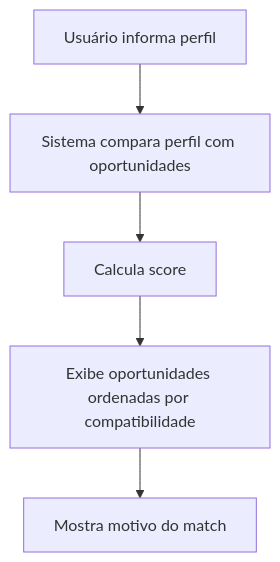
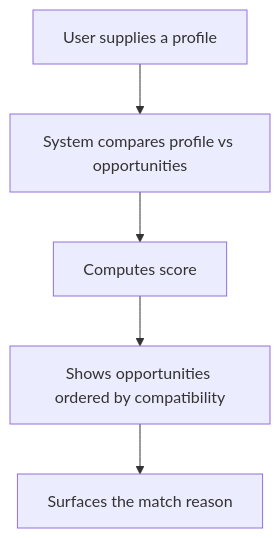
Before and after one commit to merlinfachetti/civic-radar: the second of 4 diagrams in docs/PRODUCT_FOUNDATION.md, drawn with Mermaid. The commit also changed other lines of this file and 17 other files, not shown here.

````diff
--- a/docs/PRODUCT_FOUNDATION.md
+++ b/docs/PRODUCT_FOUNDATION.md
@@ -446,7 +438,7 @@
 ```mermaid
 flowchart TD
-    A[Usuário informa perfil] --> B[Sistema compara perfil com oportunidades]
-    B --> C[Calcula score]
-    C --> D[Exibe oportunidades ordenadas por compatibilidade]
-    D --> E[Mostra motivo do match]
+    A[User supplies a profile] --> B[System compares profile vs opportunities]
+    B --> C[Computes score]
+    C --> D[Shows opportunities ordered by compatibility]
+    D --> E[Surfaces the match reason]
 ```
````
